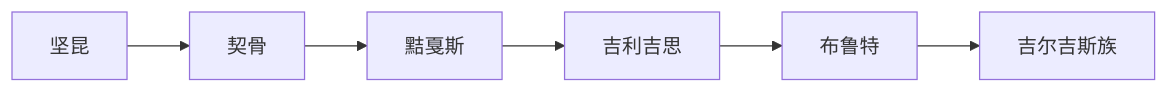
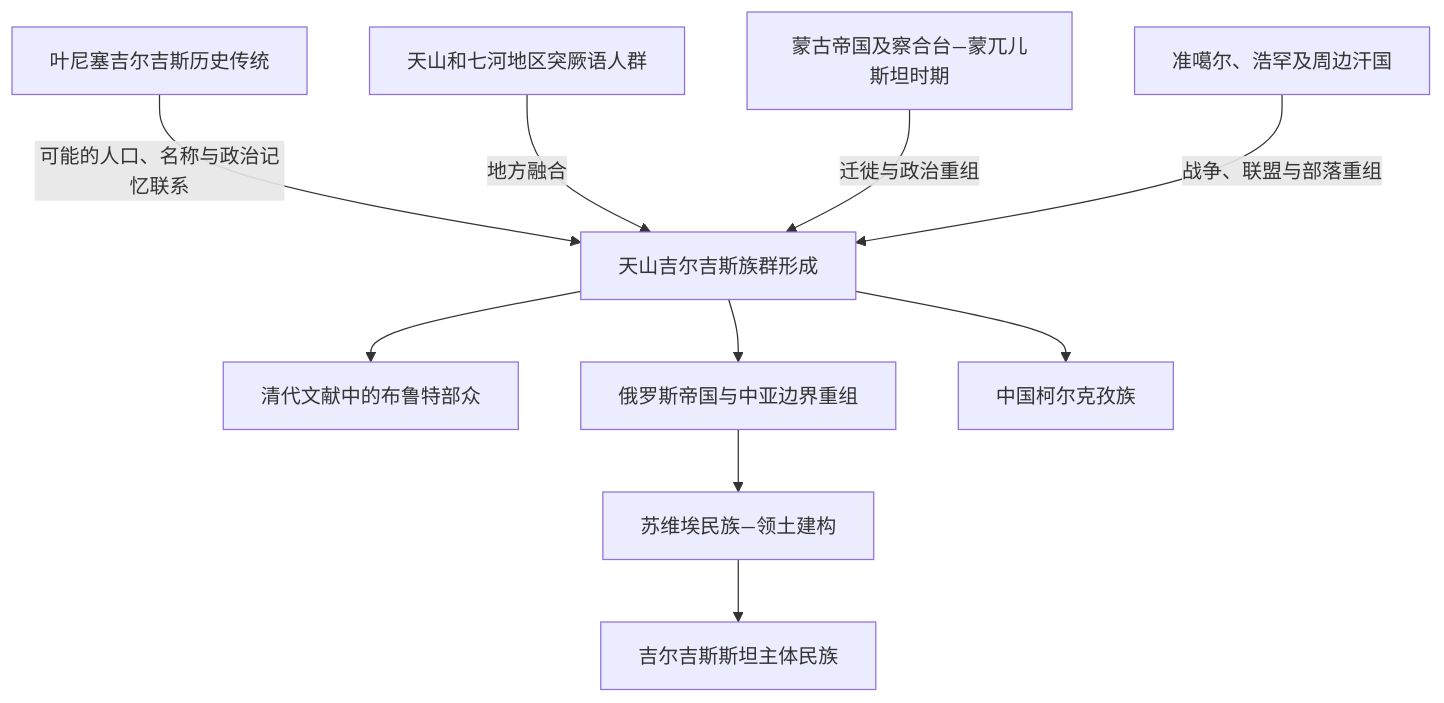
One commit to tianlan-dev/learning-notes changed the diagram in 人文科学/历史/东亚/中国/_民族/突厥语族与北方草原/叶尼塞吉尔吉斯/吉尔吉斯族.md. Above: the diagram before and after it, drawn with Mermaid. The commit also changed other lines of this file and 180 other files, not shown here.

````diff
--- a/人文科学/历史/东亚/中国/_民族/突厥语族与北方草原/叶尼塞吉尔吉斯/吉尔吉斯族.md
+++ b/人文科学/历史/东亚/中国/_民族/突厥语族与北方草原/叶尼塞吉尔吉斯/吉尔吉斯族.md
@@ -28,8 +23,12 @@
 ```mermaid
-flowchart LR
-  Jiankun["坚昆"] --> Qigu["契骨"]
-  Qigu --> Xiajiasi["黠戛斯"]
-  Xiajiasi --> Jilijisi["吉利吉思"]
-  Jilijisi --> Bulute["布鲁特"]
-  Bulute --> Kyrgyz["吉尔吉斯族"]
+flowchart TD
+    Yenisei["叶尼塞吉尔吉斯历史传统"] -->|"可能的人口、名称与政治记忆联系"| Formation["天山吉尔吉斯族群形成"]
+    Tianshan["天山和七河地区突厥语人群"] -->|"地方融合"| Formation
+    Mongol["蒙古帝国及察合台—蒙兀儿斯坦时期"] -->|"迁徙与政治重组"| Formation
+    Dzungar["准噶尔、浩罕及周边汗国"] -->|"战争、联盟与部落重组"| Formation
+    Formation --> Burut["清代文献中的布鲁特部众"]
+    Formation --> Russian["俄罗斯帝国与中亚边界重组"]
+    Russian --> Soviet["苏维埃民族—领土建构"]
+    Soviet --> Kyrgyzstan["吉尔吉斯斯坦主体民族"]
+    Formation --> China["中国柯尔克孜族"]
 ```
````
